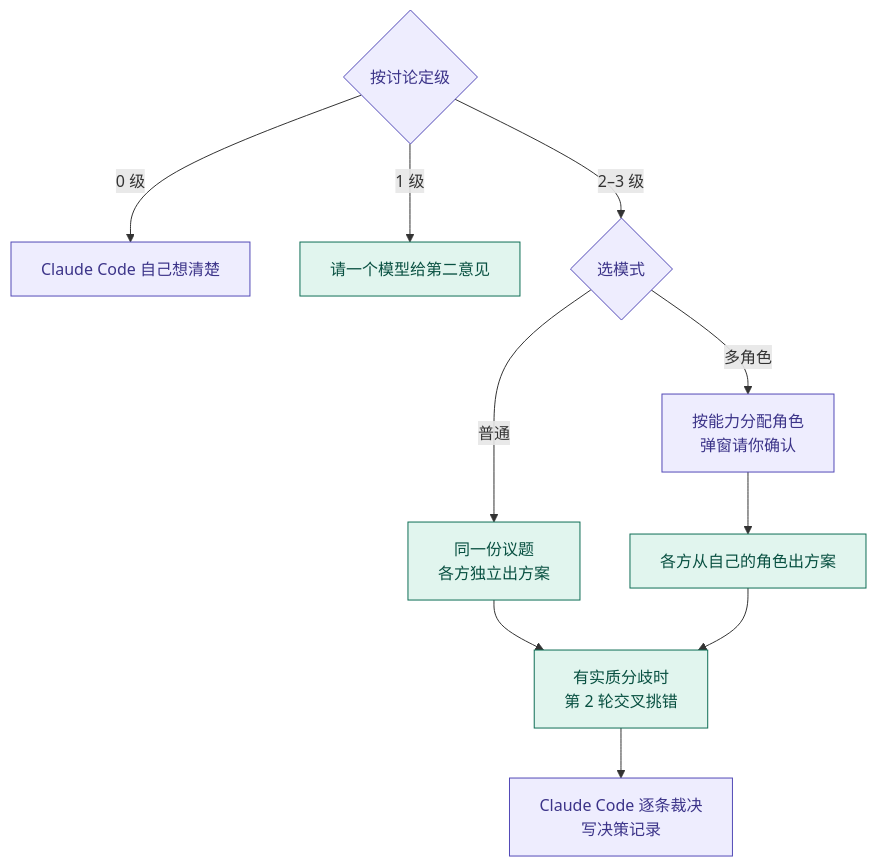
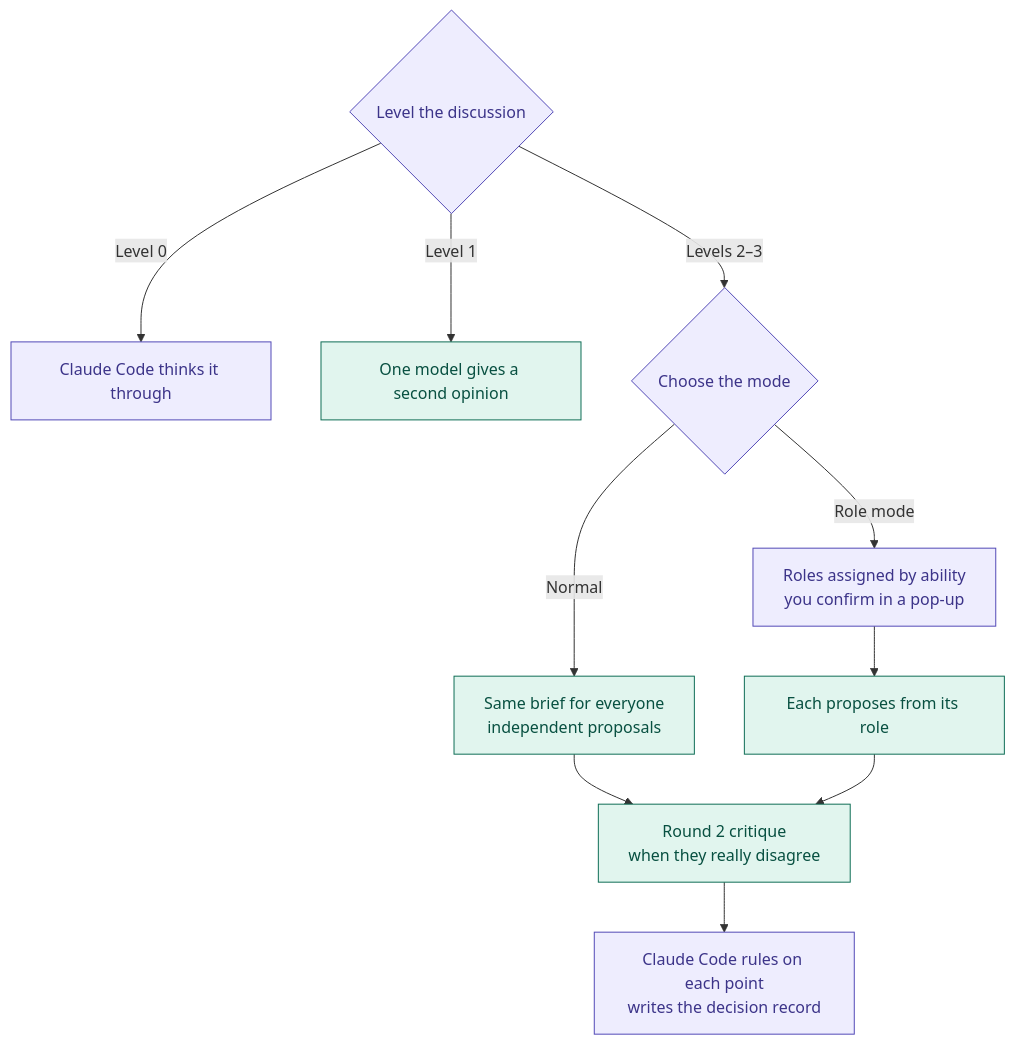
One commit to DaydayupV/claude-foreman changed the second of 4 diagrams in README.md. Above: the diagram before and after it, drawn with Mermaid. The commit also changed other lines of this file and 2 other files, not shown here.

````diff
--- a/README.md
+++ b/README.md
@@ -55,17 +95,17 @@
 ```mermaid
 flowchart TD
-    d0{"按讨论定级"} -- "0 级" --> dself["Claude Code 自己想清楚"]
-    d0 -- "1 级" --> dqa["请一个模型给第二意见"]
-    d0 -- "2–3 级" --> dmode{"选模式"}
-    dmode -- "普通" --> dnormal["同一份议题<br/>各方独立出方案"]
-    dmode -- "多角色" --> droles["按能力分配角色<br/>弹窗请你确认"]
-    droles --> dcards["各方从自己的角色出方案"]
-    dnormal --> dcross["有实质分歧时<br/>第 2 轮交叉挑错"]
+    d0{"Level the discussion"} -- "Level 0" --> dself["Claude Code thinks it through"]
+    d0 -- "Level 1" --> dqa["One model gives a second opinion"]
+    d0 -- "Levels 2–3" --> dmode{"Choose the mode"}
+    dmode -- "Normal" --> dnormal["Same brief for everyone<br/>independent proposals"]
+    dmode -- "Role mode" --> droles["Roles assigned by ability<br/>you confirm in a pop-up"]
+    droles --> dcards["Each proposes from its role"]
+    dnormal --> dcross["Round 2 critique<br/>when they really disagree"]
     dcards --> dcross
-    dcross --> ddecide["Claude Code 逐条裁决<br/>写决策记录"]
+    dcross --> ddecide["Claude Code rules on each point<br/>writes the decision record"]
 
     classDef claude fill:#EEEDFE,stroke:#534AB7,color:#3C3489
     classDef agent fill:#E1F5EE,stroke:#0F6E56,color:#085041
     class d0,dself,dmode,droles,ddecide claude
     class dqa,dnormal,dcards,dcross agent
 ```
````
